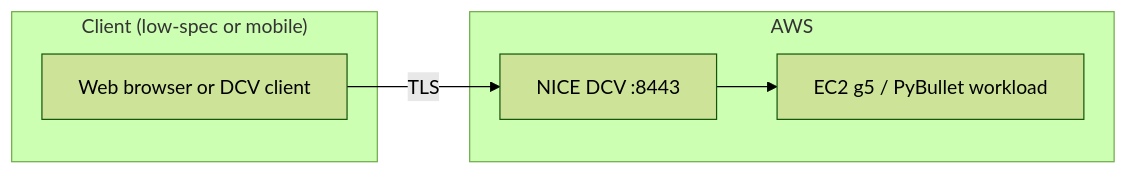
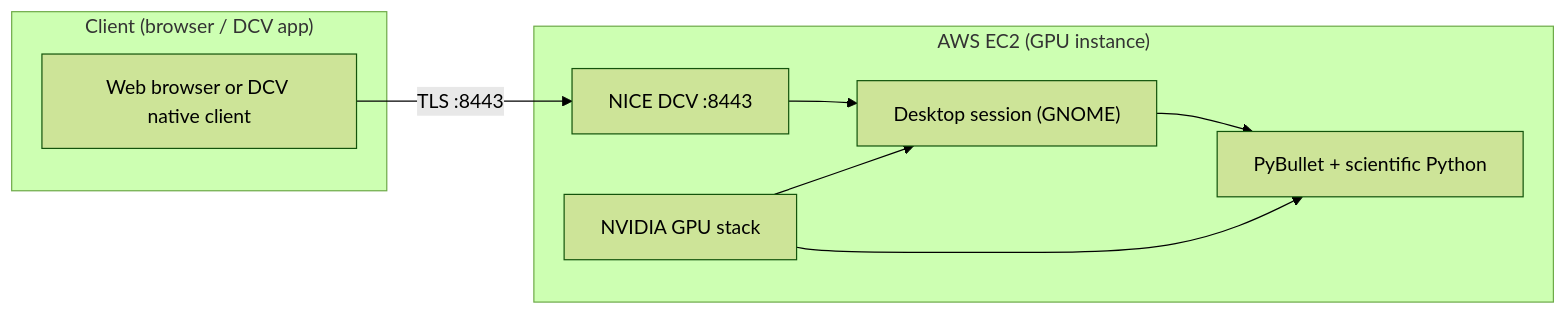
The first of 4 diagrams in README.md (rubencg195/aws-pybullet-environment), drawn with Mermaid (forest theme) before and after one commit. The commit also changed other lines of this file, not shown here.

First line of the commit message:
Restructure README: remove redundancy, organize phased roadmap

````diff
--- a/README.md
+++ b/README.md
@@ -11,12 +13,17 @@
 ```mermaid
 flowchart LR
-  subgraph client["Client (low-spec or mobile)"]
-    B["Web browser or DCV client"]
+  subgraph client["Client (browser / DCV app)"]
+    B["Web browser or DCV native client"]
   end
-  subgraph aws["AWS"]
+  subgraph aws["AWS EC2 (GPU instance)"]
     DCV["NICE DCV :8443"]
-    EC2["EC2 g5 / PyBullet workload"]
+    DESK["Desktop session (GNOME)"]
+    PB["PyBullet + scientific Python"]
+    GPU["NVIDIA GPU stack"]
   end
-  B -->|TLS| DCV
-  DCV --> EC2
+  B -->|"TLS :8443"| DCV
+  DCV --> DESK
+  DESK --> PB
+  GPU --> PB
+  GPU --> DESK
 ```
````
